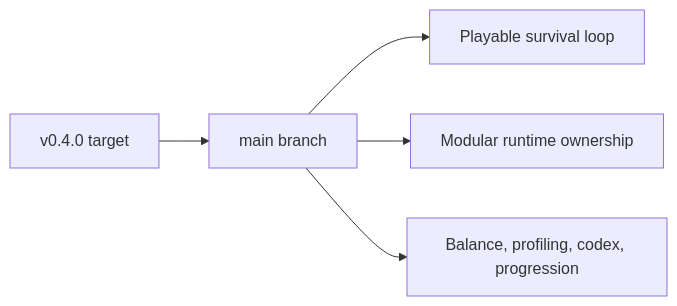
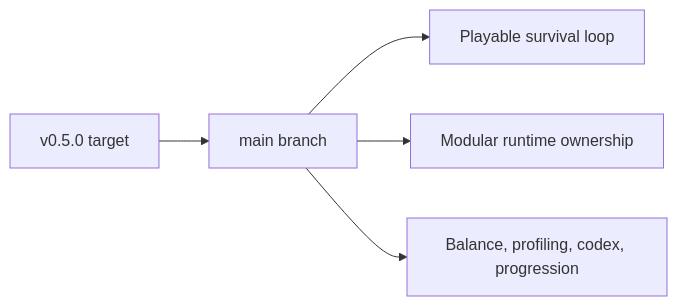
The second of 11 diagrams in README.md (AlexAgo83/emberwake), drawn with Mermaid before and after one commit. The commit also changed other lines of this file and 9 other files, not shown here.

````diff
--- a/README.md
+++ b/README.md
@@ -56,7 +56,7 @@
 ```mermaid
 flowchart LR
-    Release[v0.4.0 target] --> Main[main branch]
+    Release[v0.5.0 target] --> Main[main branch]
     Main --> Playable[Playable survival loop]
     Main --> Modular[Modular runtime ownership]
     Main --> Next[Balance, profiling, codex, progression]
 ```
````
